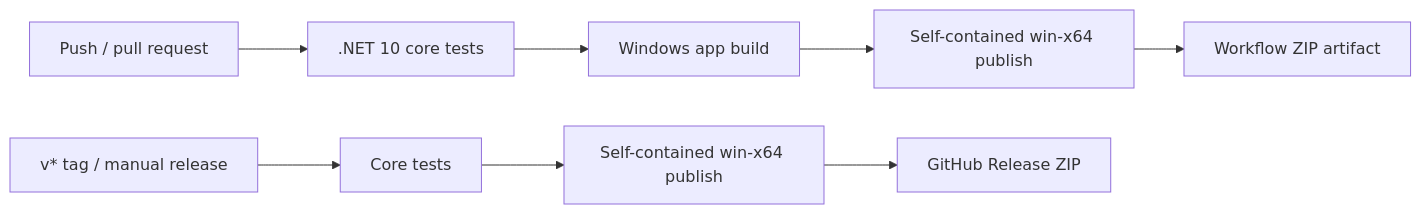
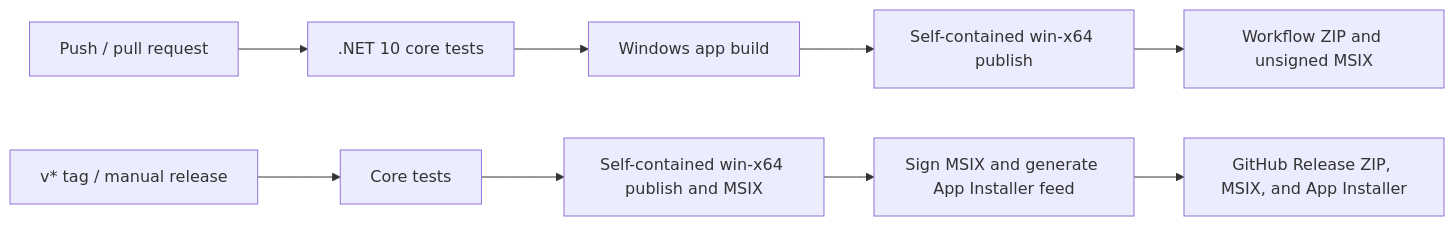
Before and after one commit to AlexHedley/Utility-WinUI: the fourth of 4 diagrams in ARCHITECTURE.md, drawn with Mermaid. The commit also changed other lines of this file and 10 other files, not shown here.

First line of the commit message:
Package Utility-WinUI as MSIX with GitHub updates (#5)

````diff
--- a/ARCHITECTURE.md
+++ b/ARCHITECTURE.md
@@ -96,10 +96,11 @@
 ```mermaid
 flowchart LR
     Change["Push / pull request"] --> Tests[".NET 10 core tests"]
     Tests --> Build["Windows app build"]
     Build --> Publish["Self-contained win-x64 publish"]
-    Publish --> Artifact["Workflow ZIP artifact"]
+    Publish --> Artifact["Workflow ZIP and unsigned MSIX"]
     Tag["v* tag / manual release"] --> ReleaseTests["Core tests"]
-    ReleaseTests --> ReleasePublish["Self-contained win-x64 publish"]
-    ReleasePublish --> GitHubRelease["GitHub Release ZIP"]
+    ReleaseTests --> ReleasePublish["Self-contained win-x64 publish and MSIX"]
+    ReleasePublish --> Sign["Sign MSIX and generate App Installer feed"]
+    Sign --> GitHubRelease["GitHub Release ZIP, MSIX, and App Installer"]
 ```
````
